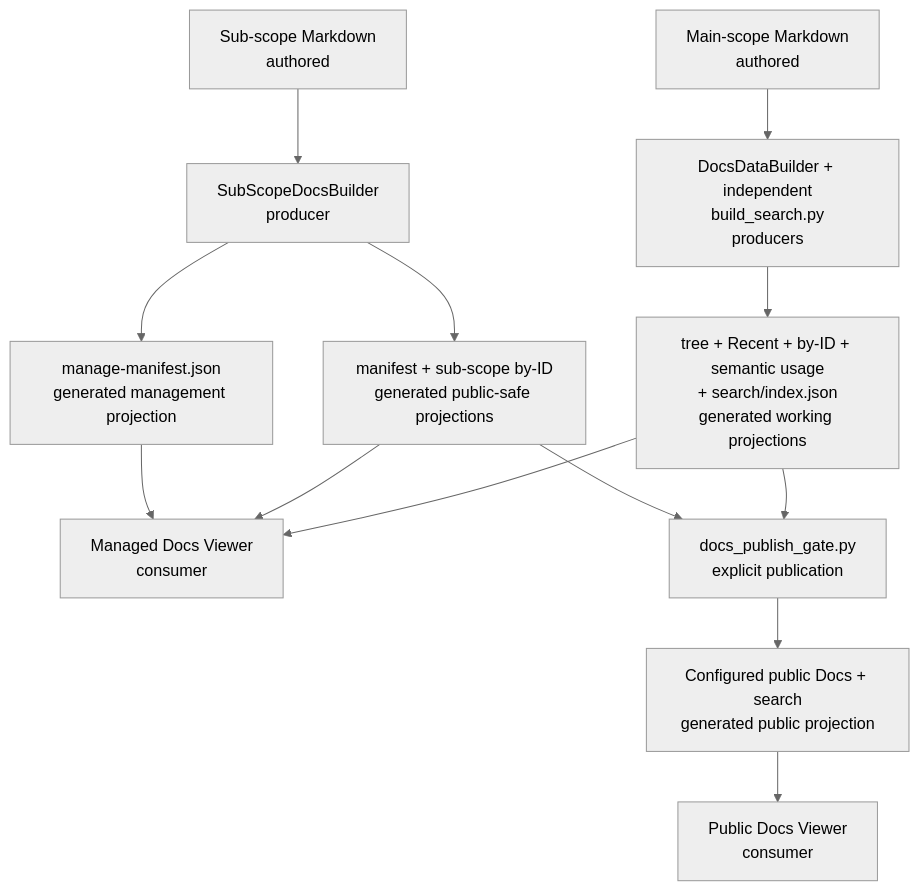
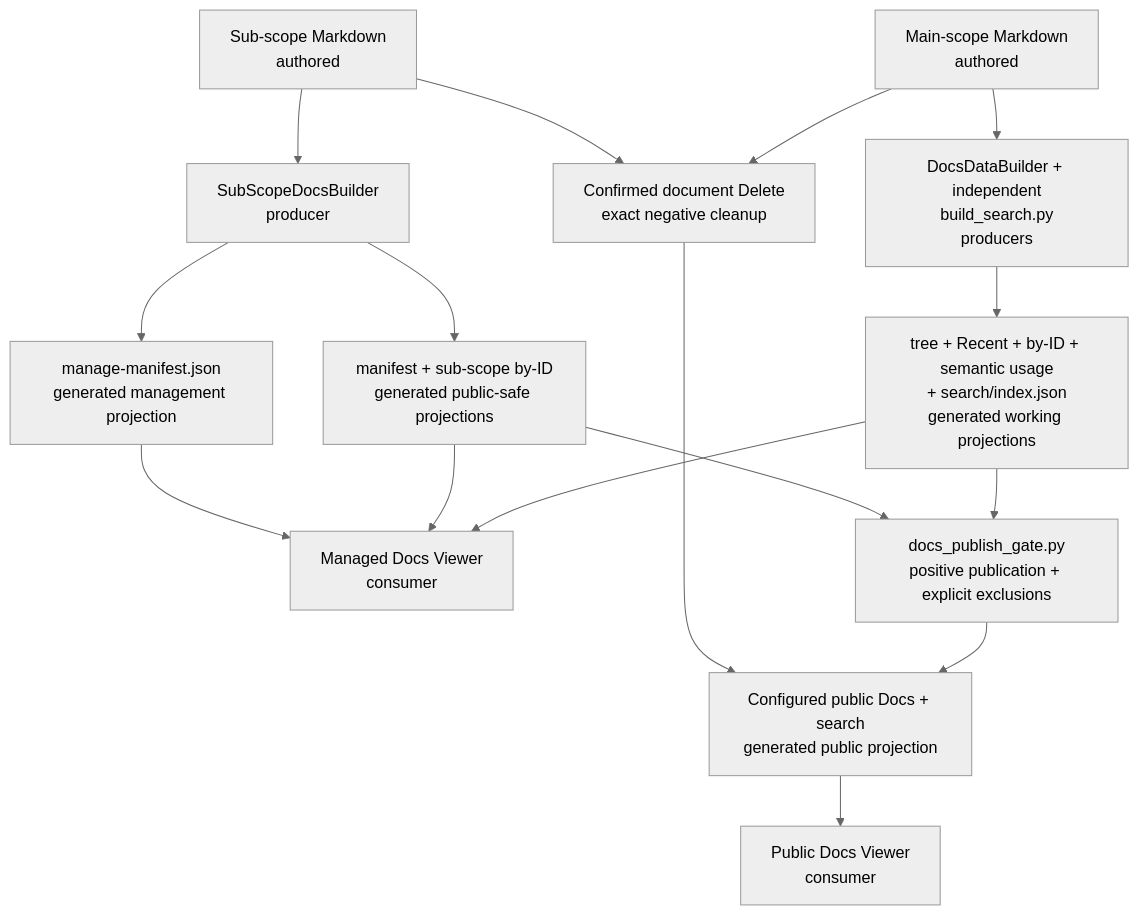
One commit to dotlineform/dotlineform-site changed the diagram in docs-viewer/scopes/studio/source/documents/d-20260802-205911-bec41f.md. Above: the diagram before and after it, drawn with Mermaid (neutral theme). The commit also changed other lines of this file and 21 other files, not shown here.

Commit message:
DPD-1 — Immediate Public Projection Cleanup On Document Delete complete

````diff
--- a/docs-viewer/scopes/studio/source/documents/d-20260802-205911-bec41f.md
+++ b/docs-viewer/scopes/studio/source/documents/d-20260802-205911-bec41f.md
@@ -19,22 +19,26 @@
 ```mermaid
 flowchart TB
     accTitle: Docs Viewer authored sources and projection boundaries
-    accDescr: Main and sub-scope sources generate separate working products; only configured public-safe products pass through the explicit publication gate.
+    accDescr: Main and sub-scope sources generate separate working products; explicit Publish promotes configured public-safe products, while confirmed document Delete removes only its exact current public projection.
     mainSource["Main-scope Markdown<br/>authored"]
     subSource["Sub-scope Markdown<br/>authored"]
     mainBuilders["DocsDataBuilder + independent<br/>build_search.py<br/>producers"]
     subBuilder["SubScopeDocsBuilder<br/>producer"]
     mainProducts["tree + Recent + by-ID + semantic usage<br/>+ search/index.json<br/>generated working projections"]
     subPublicSafe["manifest + sub-scope by-ID<br/>generated public-safe projections"]
     subManage["manage-manifest.json<br/>generated management projection"]
     managed["Managed Docs Viewer<br/>consumer"]
-    gate["docs_publish_gate.py<br/>explicit publication"]
+    gate["docs_publish_gate.py<br/>positive publication + explicit exclusions"]
+    deleteCleanup["Confirmed document Delete<br/>exact negative cleanup"]
     publicCopy["Configured public Docs + search<br/>generated public projection"]
     publicViewer["Public Docs Viewer<br/>consumer"]
     mainSource --> mainBuilders --> mainProducts --> managed
     subSource --> subBuilder --> subPublicSafe --> managed
     subBuilder --> subManage --> managed
     mainProducts --> gate
     subPublicSafe --> gate
     gate --> publicCopy --> publicViewer
+    mainSource --> deleteCleanup
+    subSource --> deleteCleanup
+    deleteCleanup --> publicCopy
 ```
````
